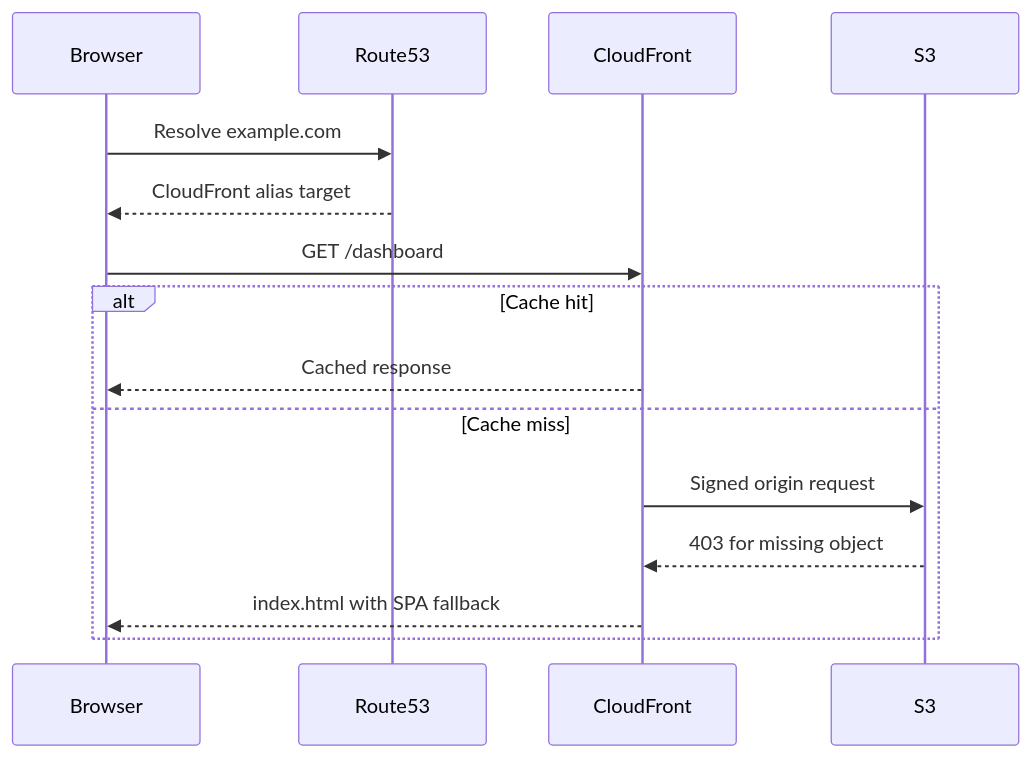
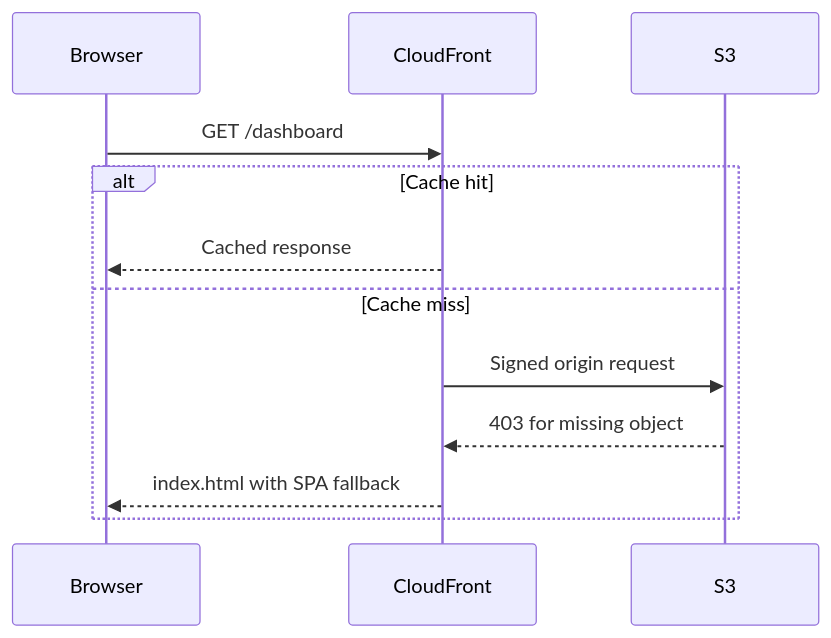
The fourth of 4 diagrams in courses/aws/full-static-pipeline.md (stevekinney/stevekinney.net), drawn with Mermaid before and after one commit. The commit also changed other lines of this file and 76 other files, not shown here.

````diff
--- a/courses/aws/full-static-pipeline.md
+++ b/courses/aws/full-static-pipeline.md
@@ -140,18 +118,15 @@
 ```mermaid
 sequenceDiagram
     participant Browser
-    participant Route53
     participant CloudFront
     participant S3
 
-    Browser->>Route53: Resolve example.com
-    Route53-->>Browser: CloudFront alias target
     Browser->>CloudFront: GET /dashboard
     alt Cache hit
         CloudFront-->>Browser: Cached response
     else Cache miss
         CloudFront->>S3: Signed origin request
         S3-->>CloudFront: 403 for missing object
         CloudFront-->>Browser: index.html with SPA fallback
     end
 ```
````
